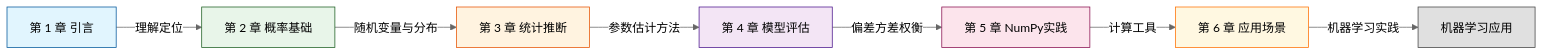
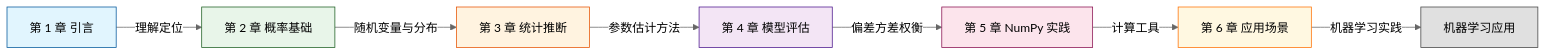
One commit to fenixsoft/ideaspaces changed the diagram in docs/probability/introduction.md. Above: the diagram before and after it, drawn with Mermaid (neutral theme). The commit also changed other lines of this file and 11 other files, not shown here.

````diff
--- a/docs/probability/introduction.md
+++ b/docs/probability/introduction.md
@@ -55,25 +53,25 @@
 ```mermaid
 graph LR
     A[第 1 章 引言] -->|理解定位| B[第 2 章 概率基础]
     B -->|随机变量与分布| C[第 3 章 统计推断]
     C -->|参数估计方法| D[第 4 章 模型评估]
-    D -->|偏差方差权衡| E[第 5 章 NumPy实践]
+    D -->|偏差方差权衡| E[第 5 章 NumPy 实践]
     E -->|计算工具| F[第 6 章 应用场景]
     F -->|机器学习实践| G[机器学习应用]
 
     classDef styleA fill:#e1f5fe,stroke:#01579b
     classDef styleB fill:#e8f5e9,stroke:#1b5e20
     classDef styleC fill:#fff3e0,stroke:#e65100
     classDef styleD fill:#f3e5f5,stroke:#4a148c
     classDef styleE fill:#fce4ec,stroke:#880e4f
     classDef styleF fill:#fff8e1,stroke:#ff6f00
     classDef styleG fill:#e0e0e0,stroke:#424242
 
     class A styleA
     class B styleB
     class C styleC
     class D styleD
     class E styleE
     class F styleF
     class G styleG
 ```
````
